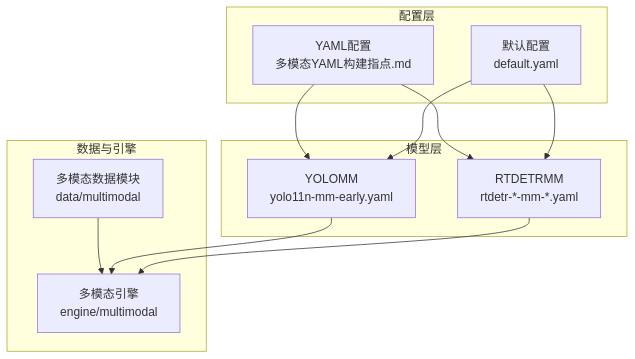
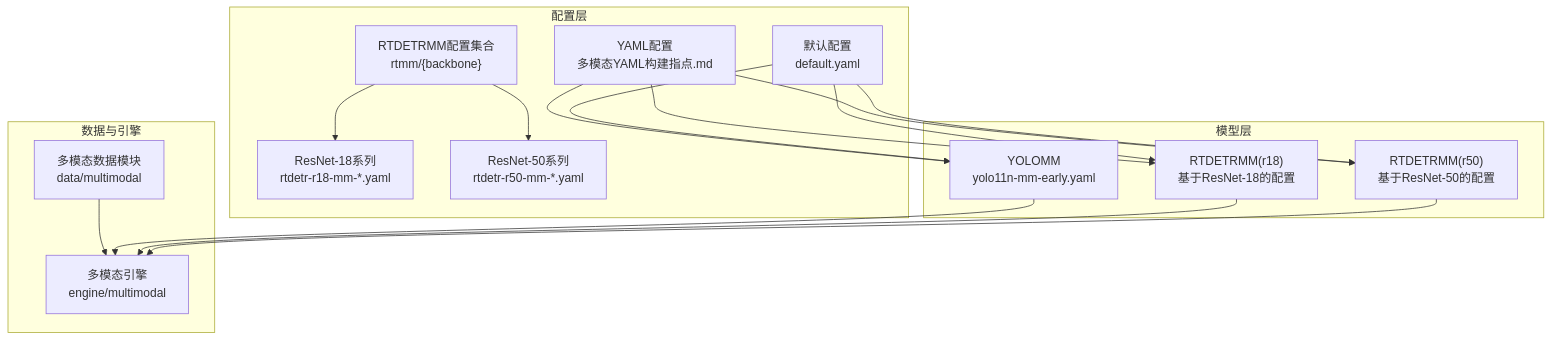
Before and after one commit to 2208754827/MM-IMPROVE: the second of 6 diagrams in .qoder/repowiki/zh/content/模型配置与管理/模型配置与管理.md, drawn with Mermaid. The commit also changed other lines of this file and 1211 other files, not shown here.

````diff
--- a/.qoder/repowiki/zh/content/模型配置与管理/模型配置与管理.md
+++ b/.qoder/repowiki/zh/content/模型配置与管理/模型配置与管理.md
@@ -83,22 +106,29 @@
 ```mermaid
 graph TB
 subgraph "配置层"
 CFG["YAML配置<br/>多模态YAML构建指点.md"]
 DEF["默认配置<br/>default.yaml"]
+END["RTDETRMM配置集合<br/>rtmm/{backbone}"]
+END --> END1["ResNet-18系列<br/>rtdetr-r18-mm-*.yaml"]
+END --> END2["ResNet-50系列<br/>rtdetr-r50-mm-*.yaml"]
 end
 subgraph "模型层"
 YMM["YOLOMM<br/>yolo11n-mm-early.yaml"]
-RMM["RTDETRMM<br/>rtdetr-*-mm-*.yaml"]
+RMM18["RTDETRMM(r18)<br/>基于ResNet-18的配置"]
+RMM50["RTDETRMM(r50)<br/>基于ResNet-50的配置"]
 end
 subgraph "数据与引擎"
 DATA["多模态数据模块<br/>data/multimodal"]
 ENG["多模态引擎<br/>engine/multimodal"]
 end
 CFG --> YMM
-CFG --> RMM
+CFG --> RMM18
+CFG --> RMM50
 DEF --> YMM
-DEF --> RMM
+DEF --> RMM18
+DEF --> RMM50
 DATA --> ENG
 YMM --> ENG
-RMM --> ENG
+RMM18 --> ENG
+RMM50 --> ENG
 ```
````
